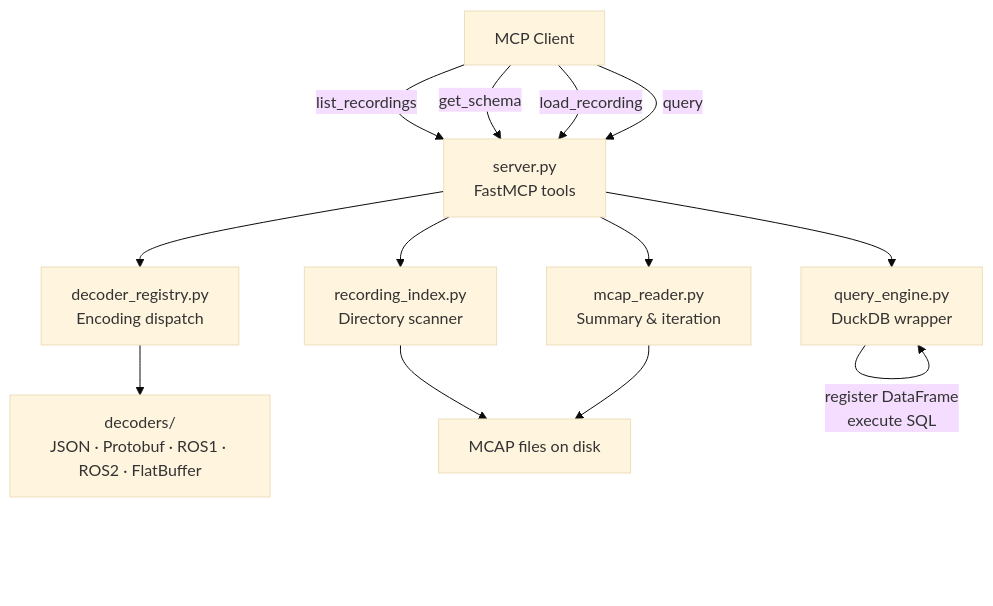
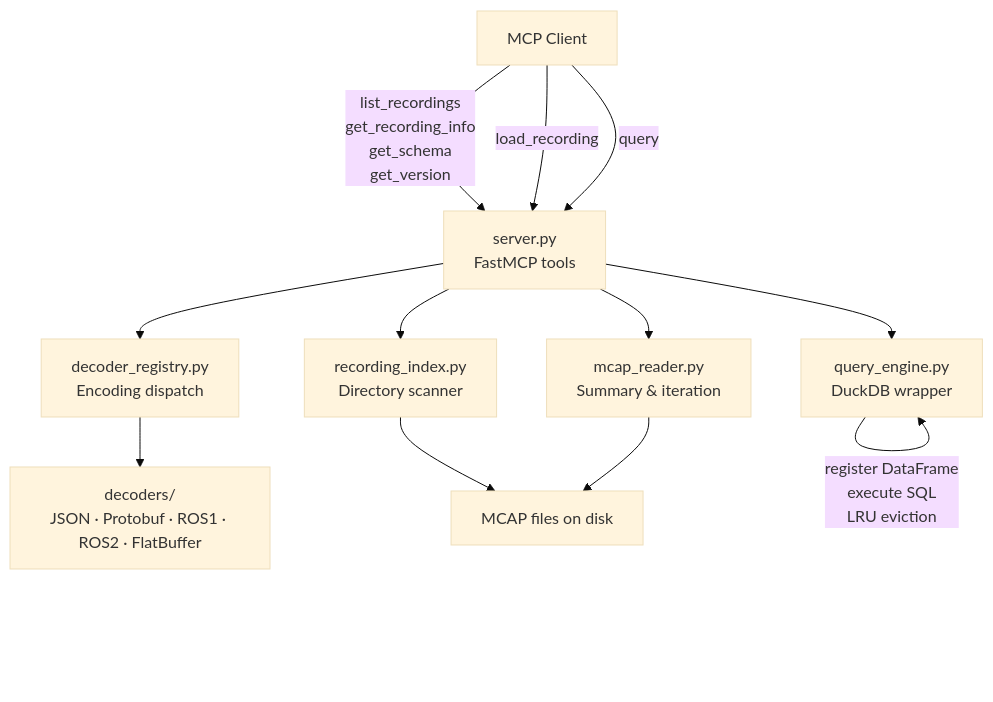
Before and after one commit to turkenberg/mcap_mcp_server: the diagram in doc/source/architecture.md, drawn with Mermaid (base theme). The commit also changed other lines of this file and 2 other files, not shown here.

First line of the commit message:
docs: update architecture and tools documentation for memory management and query hints

````diff
--- a/doc/source/architecture.md
+++ b/doc/source/architecture.md
@@ -5,26 +5,25 @@
 ```{mermaid}
 graph TD
     Client["MCP Client"]
     Server["server.py<br/>FastMCP tools"]
     Index["recording_index.py<br/>Directory scanner"]
     Reader["mcap_reader.py<br/>Summary & iteration"]
     Registry["decoder_registry.py<br/>Encoding dispatch"]
     Decoders["decoders/<br/>JSON · Protobuf · ROS1 · ROS2 · FlatBuffer"]
     Engine["query_engine.py<br/>DuckDB wrapper"]
     Files["MCAP files on disk"]
 
-    Client -->|list_recordings| Server
-    Client -->|get_schema| Server
+    Client -->|"list_recordings<br/>get_recording_info<br/>get_schema<br/>get_version"| Server
     Client -->|load_recording| Server
     Client -->|query| Server
 
     Server --> Index
     Server --> Reader
     Server --> Registry
     Server --> Engine
 
     Index --> Files
     Reader --> Files
     Registry --> Decoders
-    Engine -->|"register DataFrame<br/>execute SQL"| Engine
+    Engine -->|"register DataFrame<br/>execute SQL<br/>LRU eviction"| Engine
 ```
````
